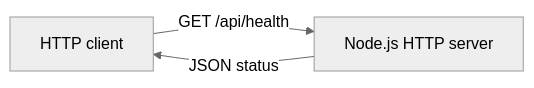
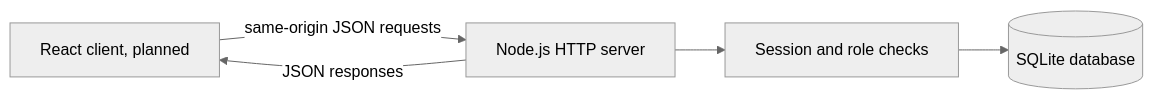
The first of 3 diagrams in README.md (AshishKrPandey1234/newtonite-ops-23SCSE1011386), drawn with Mermaid (neutral theme) before and after one commit. The commit also changed other lines of this file and 8 other files, not shown here.

````diff
--- a/README.md
+++ b/README.md
@@ -30,5 +35,7 @@
 ```mermaid
 flowchart LR
-  Client[HTTP client] -->|GET /api/health| API[Node.js HTTP server]
-  API -->|JSON status| Client
+  Browser[React client, planned] -->|same-origin JSON requests| API[Node.js HTTP server]
+  API --> Auth[Session and role checks]
+  Auth --> DB[(SQLite database)]
+  API -->|JSON responses| Browser
 ```
````
